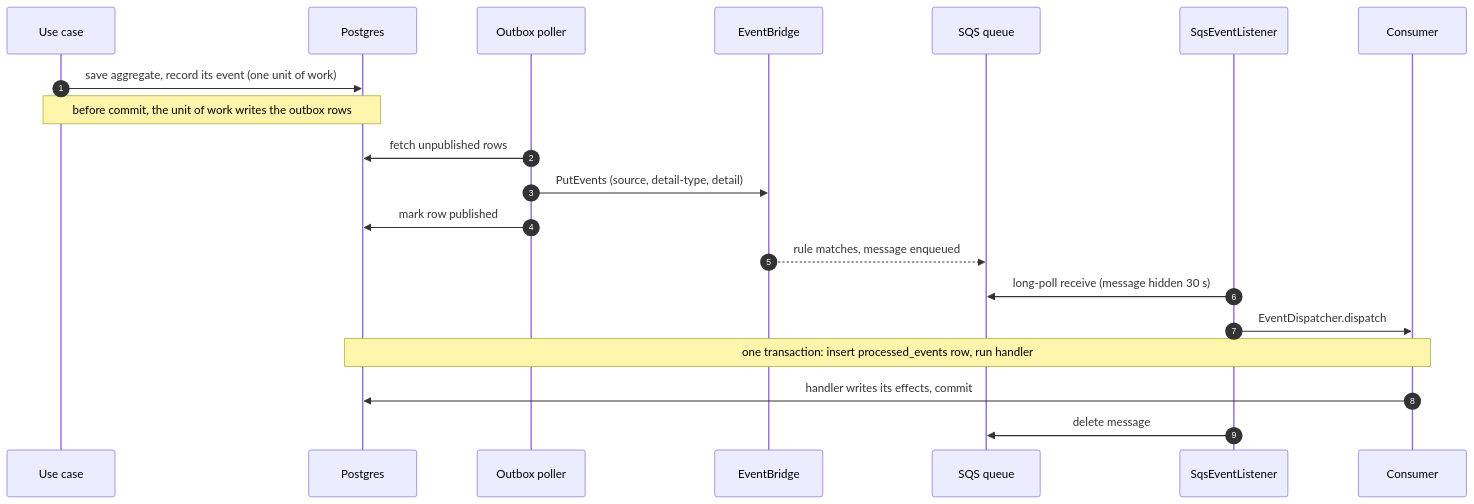
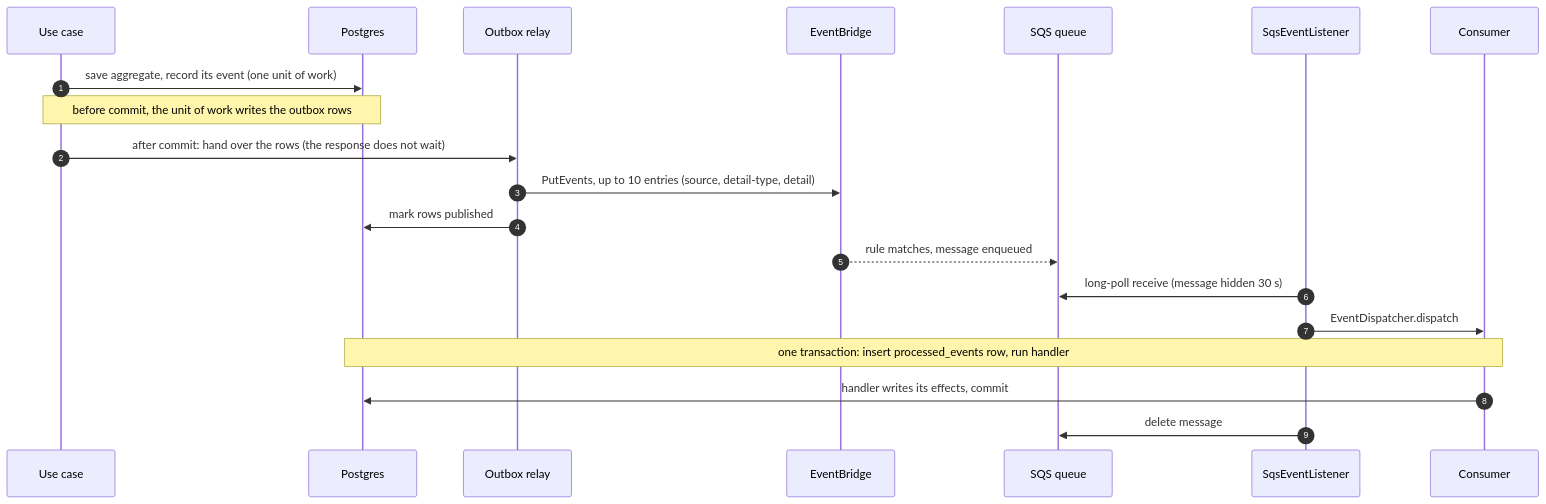
Before and after one commit to Diogo-NB/investflow: the second of 9 diagrams in docs/architecture/event-flow.md, drawn with Mermaid. The commit also changed other lines of this file and 43 other files, not shown here.

First line of the commit message:
feat: publish outbox events right after commit

````diff
--- a/docs/architecture/event-flow.md
+++ b/docs/architecture/event-flow.md
@@ -65,23 +72,23 @@
 ```mermaid
 sequenceDiagram
   autonumber
   participant UC as Use case
   participant DB as Postgres
-  participant P as Outbox poller
+  participant R as Outbox relay
   participant EB as EventBridge
   participant Q as SQS queue
   participant L as SqsEventListener
   participant C as Consumer
 
   UC->>DB: save aggregate, record its event (one unit of work)
   Note over UC,DB: before commit, the unit of work writes the outbox rows
-  P->>DB: fetch unpublished rows
-  P->>EB: PutEvents (source, detail-type, detail)
-  P->>DB: mark row published
+  UC->>R: after commit: hand over the rows (the response does not wait)
+  R->>EB: PutEvents, up to 10 entries (source, detail-type, detail)
+  R->>DB: mark rows published
   EB-->>Q: rule matches, message enqueued
   L->>Q: long-poll receive (message hidden 30 s)
   L->>C: EventDispatcher.dispatch
   Note over C,DB: one transaction: insert processed_events row, run handler
   C->>DB: handler writes its effects, commit
   L->>Q: delete message
 ```
````
